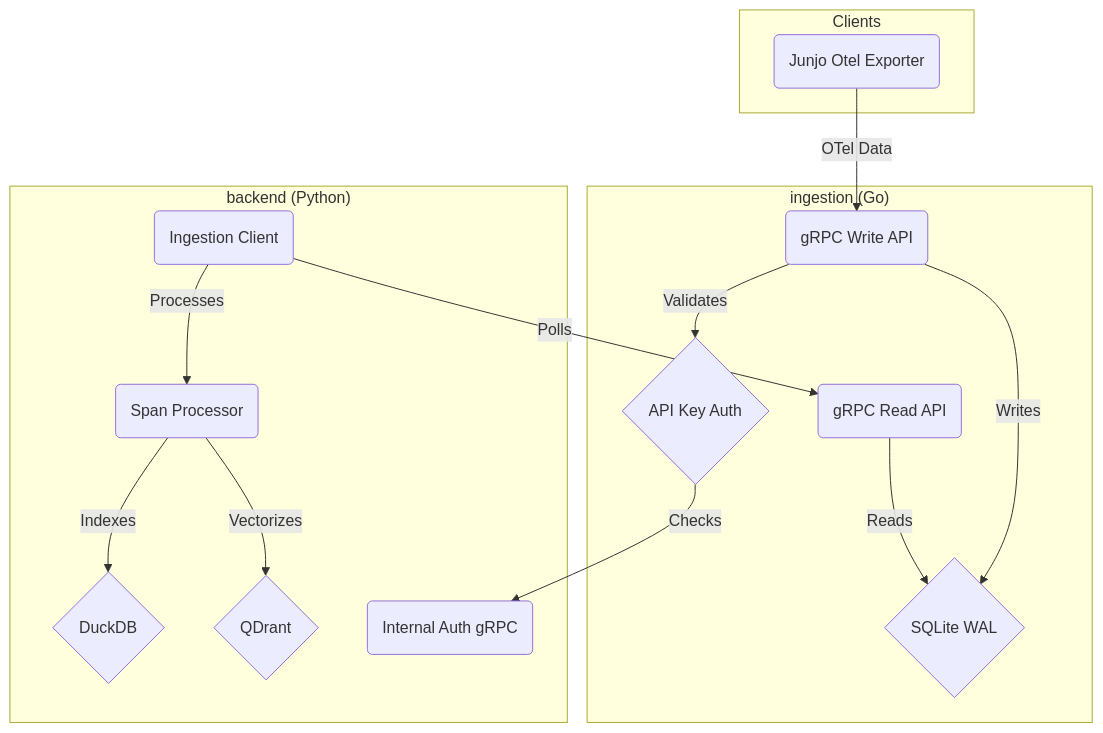
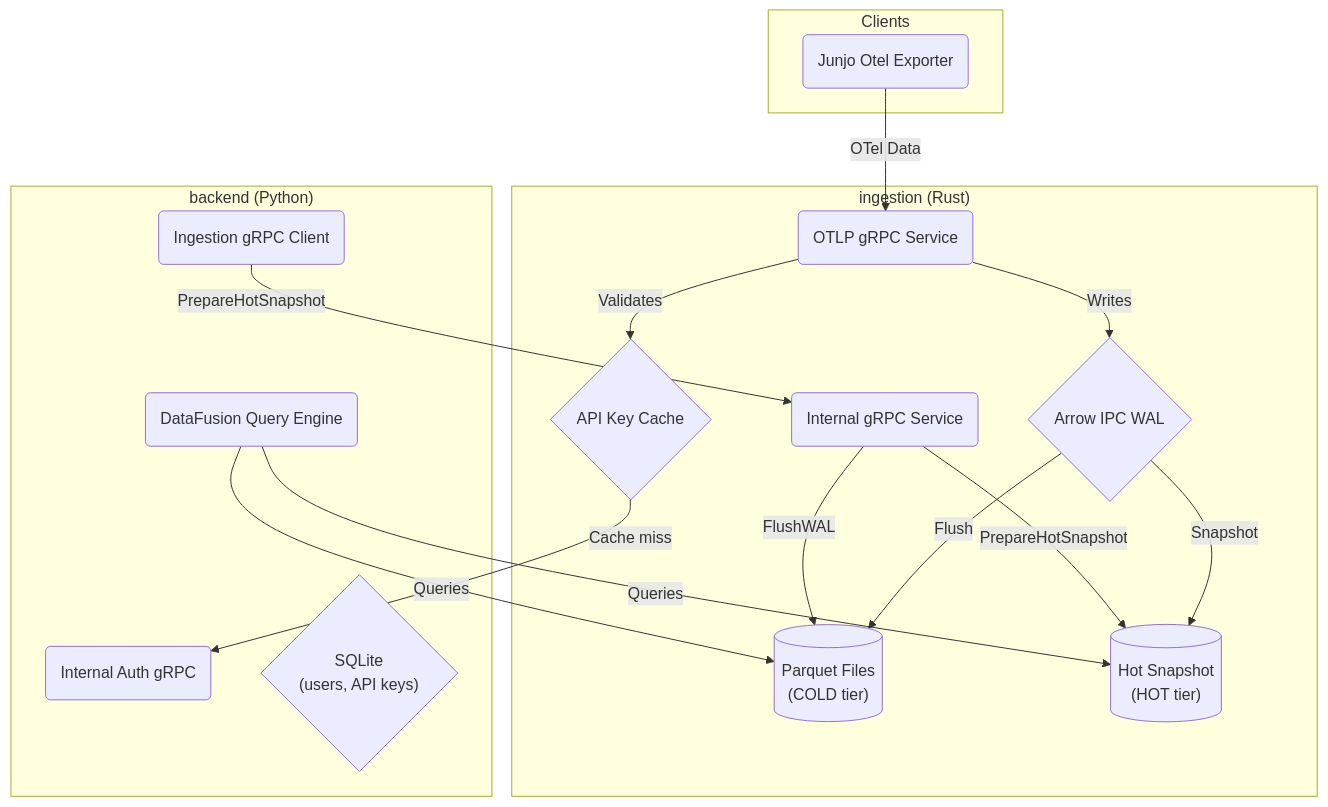
One commit to mdrideout/junjo-ai-studio changed the first of 2 diagrams in AGENTS.md. Above: the diagram before and after it, drawn with Mermaid. The commit also changed other lines of this file and 1 other file, not shown here.

First line of the commit message:
Update documentation for Rust ingestion and two-tier architecture

````diff
--- a/AGENTS.md
+++ b/AGENTS.md
@@ -53,28 +53,31 @@
 ```mermaid
 flowchart TD
- subgraph ingestion["ingestion (Go)"]
-        WAL{"SQLite WAL"}
-        ReadAPI("gRPC Read API")
-        WriteAPI("gRPC Write API")
-        APIKeyAuth{"API Key Auth"}
+ subgraph ingestion["ingestion (Rust)"]
+        WAL{"Arrow IPC WAL"}
+        OTLPService("OTLP gRPC Service")
+        InternalService("Internal gRPC Service")
+        APIKeyAuth{"API Key Cache"}
+        ParquetFiles[("Parquet Files<br/>(COLD tier)")]
+        HotSnapshot[("Hot Snapshot<br/>(HOT tier)")]
   end
  subgraph backend["backend (Python)"]
-        IngestionClient("Ingestion Client")
-        Processor("Span Processor")
-        DuckDB{"DuckDB"}
-        QDrant{"QDrant"}
+        DataFusion("DataFusion Query Engine")
+        IngestionClient("Ingestion gRPC Client")
         InternalAuth("Internal Auth gRPC")
+        SQLite{"SQLite<br/>(users, API keys)"}
   end
  subgraph clients["Clients"]
         Exporter("Junjo Otel Exporter")
   end
-    ReadAPI -- Reads --> WAL
-    WriteAPI -- Writes --> WAL
-    WriteAPI -- Validates --> APIKeyAuth
-    APIKeyAuth -- Checks --> InternalAuth
-    IngestionClient -- Polls --> ReadAPI
-    IngestionClient -- Processes --> Processor
-    Processor -- Indexes --> DuckDB
-    Processor -- Vectorizes --> QDrant
-    Exporter -- OTel Data --> WriteAPI
+    OTLPService -- Writes --> WAL
+    OTLPService -- Validates --> APIKeyAuth
+    APIKeyAuth -- Cache miss --> InternalAuth
+    InternalService -- FlushWAL --> ParquetFiles
+    InternalService -- PrepareHotSnapshot --> HotSnapshot
+    WAL -- Flush --> ParquetFiles
+    WAL -- Snapshot --> HotSnapshot
+    IngestionClient -- PrepareHotSnapshot --> InternalService
+    DataFusion -- Queries --> ParquetFiles
+    DataFusion -- Queries --> HotSnapshot
+    Exporter -- OTel Data --> OTLPService
 ```
````
